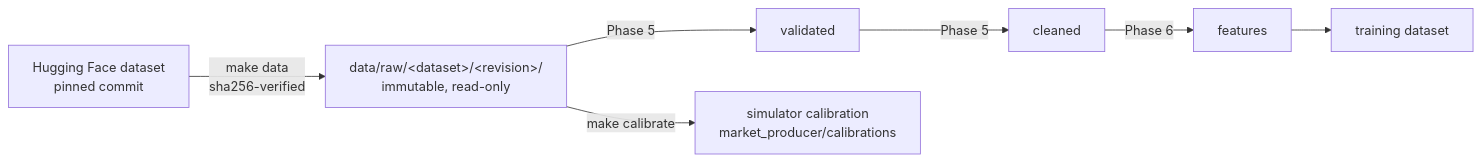
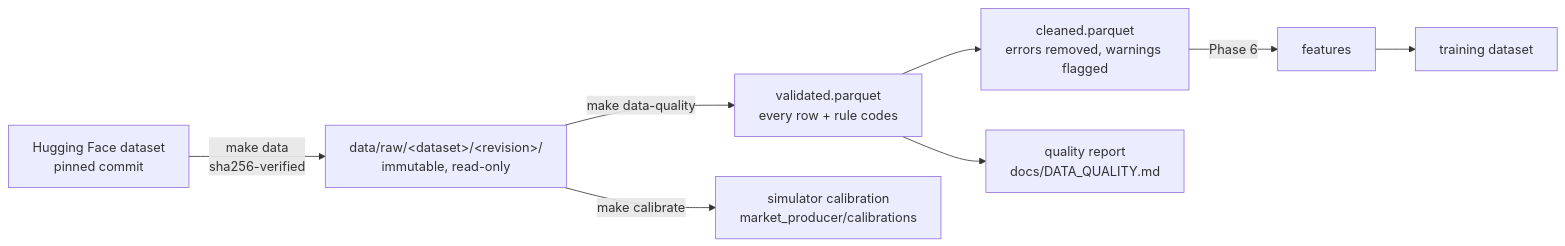
The diagram in docs/DATA_PIPELINE.md (lemon-2-ade/stockintel), drawn with Mermaid before and after one commit. The commit also changed other lines of this file and 3 other files, not shown here.

Commit message:
docs: document data validation and add quality report

````diff
--- a/docs/DATA_PIPELINE.md
+++ b/docs/DATA_PIPELINE.md
@@ -3,9 +3,10 @@
 ```mermaid
 flowchart LR
     SRC[Hugging Face dataset<br/>pinned commit] -->|make data<br/>sha256-verified| RAW[data/raw/&lt;dataset&gt;/&lt;revision&gt;/<br/>immutable, read-only]
-    RAW -->|Phase 5| VAL[validated]
-    VAL -->|Phase 5| CLEAN[cleaned]
+    RAW -->|make data-quality| VAL[validated.parquet<br/>every row + rule codes]
+    VAL --> CLEAN[cleaned.parquet<br/>errors removed, warnings flagged]
+    VAL --> REP[quality report<br/>docs/DATA_QUALITY.md]
     CLEAN -->|Phase 6| FEAT[features]
     FEAT --> TRAIN[training dataset]
     RAW -->|make calibrate| CAL[simulator calibration<br/>market_producer/calibrations]
 ```
````
